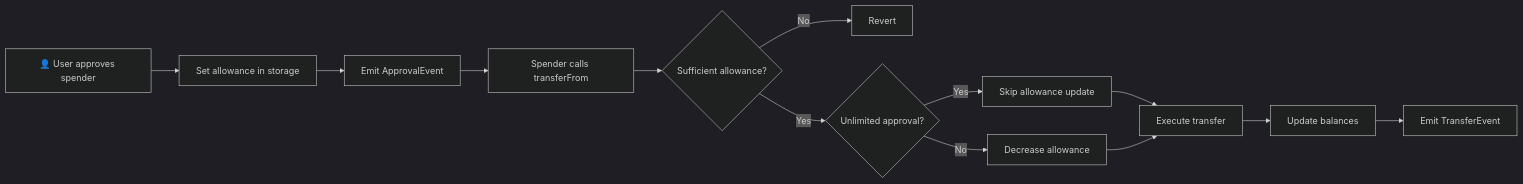
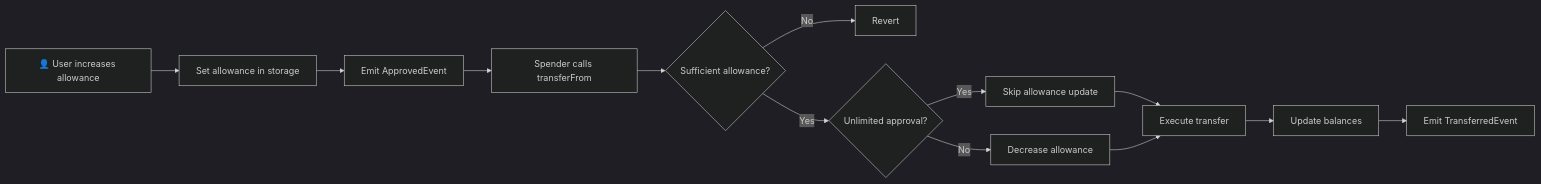
One commit to btc-vision/btc-runtime changed the fourth of 6 diagrams in docs/contracts/op20-token.md. Above: the diagram before and after it, drawn with Mermaid. The commit also changed other lines of this file and 30 other files, not shown here.

````diff
--- a/docs/contracts/op20-token.md
+++ b/docs/contracts/op20-token.md
@@ -248,19 +264,19 @@
 ```mermaid
 ---
 config:
   theme: dark
 ---
 flowchart LR
-    A[👤 User approves spender] --> B[Set allowance in storage]
-    B --> C[Emit ApprovalEvent]
+    A[👤 User increases allowance] --> B[Set allowance in storage]
+    B --> C[Emit ApprovedEvent]
     C --> D[Spender calls transferFrom]
     D --> E{Sufficient allowance?}
     E -->|No| F[Revert]
     E -->|Yes| G{Unlimited approval?}
     G -->|Yes| H[Skip allowance update]
     G -->|No| I[Decrease allowance]
     H --> J[Execute transfer]
     I --> J
     J --> K[Update balances]
-    K --> L[Emit TransferEvent]
+    K --> L[Emit TransferredEvent]
 ```
````
